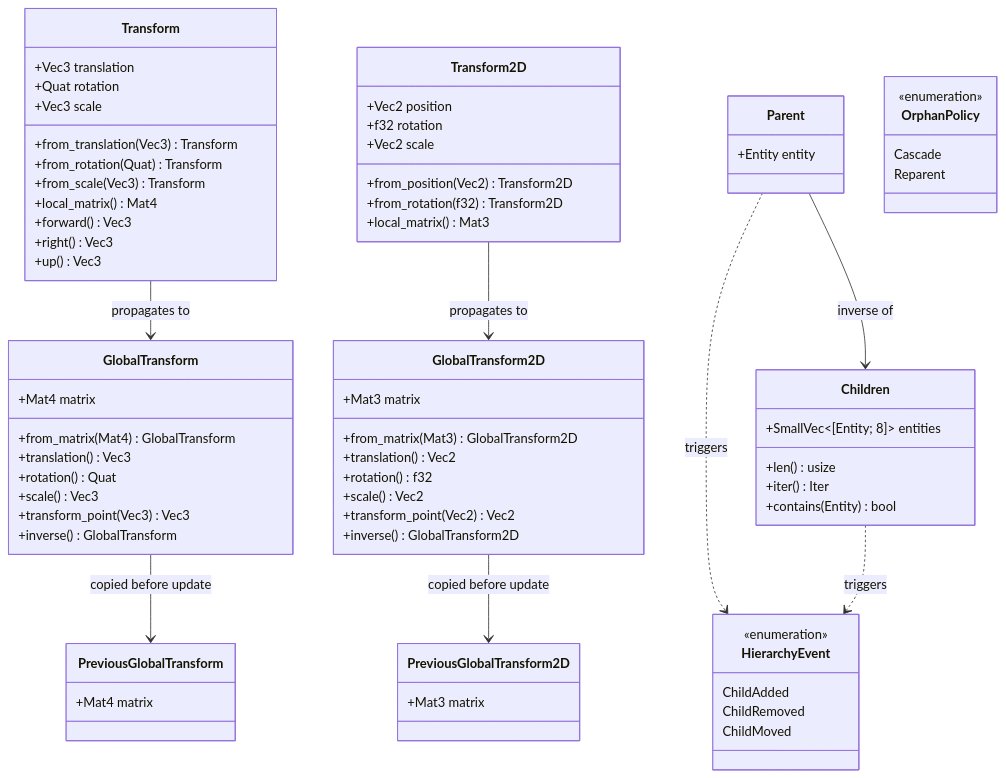
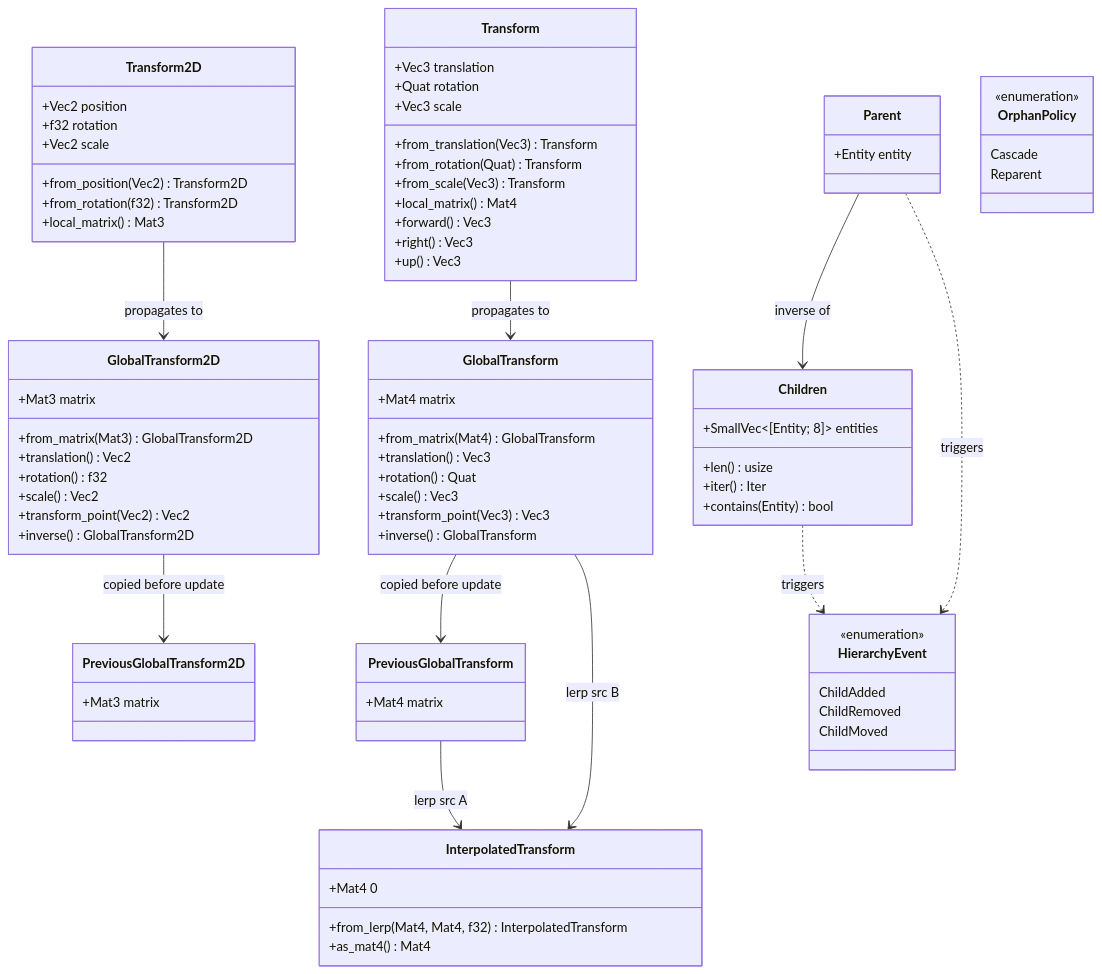
One commit to harmonius-dev/harmonius changed the second of 7 diagrams in docs/design/core-runtime/scene-transforms.md. Above: the diagram before and after it, drawn with Mermaid. The commit also changed other lines of this file and 143 other files, not shown here.

```diff
--- a/docs/design/core-runtime/scene-transforms.md
+++ b/docs/design/core-runtime/scene-transforms.md
@@ -226,6 +229,12 @@
         +Mat3 matrix
     }
 
+    class InterpolatedTransform {
+        +Mat4 0
+        +from_lerp(Mat4, Mat4, f32) InterpolatedTransform
+        +as_mat4() Mat4
+    }
+
     class Parent {
         +Entity entity
     }
@@ -254,6 +263,8 @@
     Transform2D --> GlobalTransform2D : propagates to
     GlobalTransform --> PreviousGlobalTransform : copied before update
     GlobalTransform2D --> PreviousGlobalTransform2D : copied before update
+    PreviousGlobalTransform --> InterpolatedTransform : lerp src A
+    GlobalTransform --> InterpolatedTransform : lerp src B
     Parent --> Children : inverse of
     Parent ..> HierarchyEvent : triggers
     Children ..> HierarchyEvent : triggers
```
